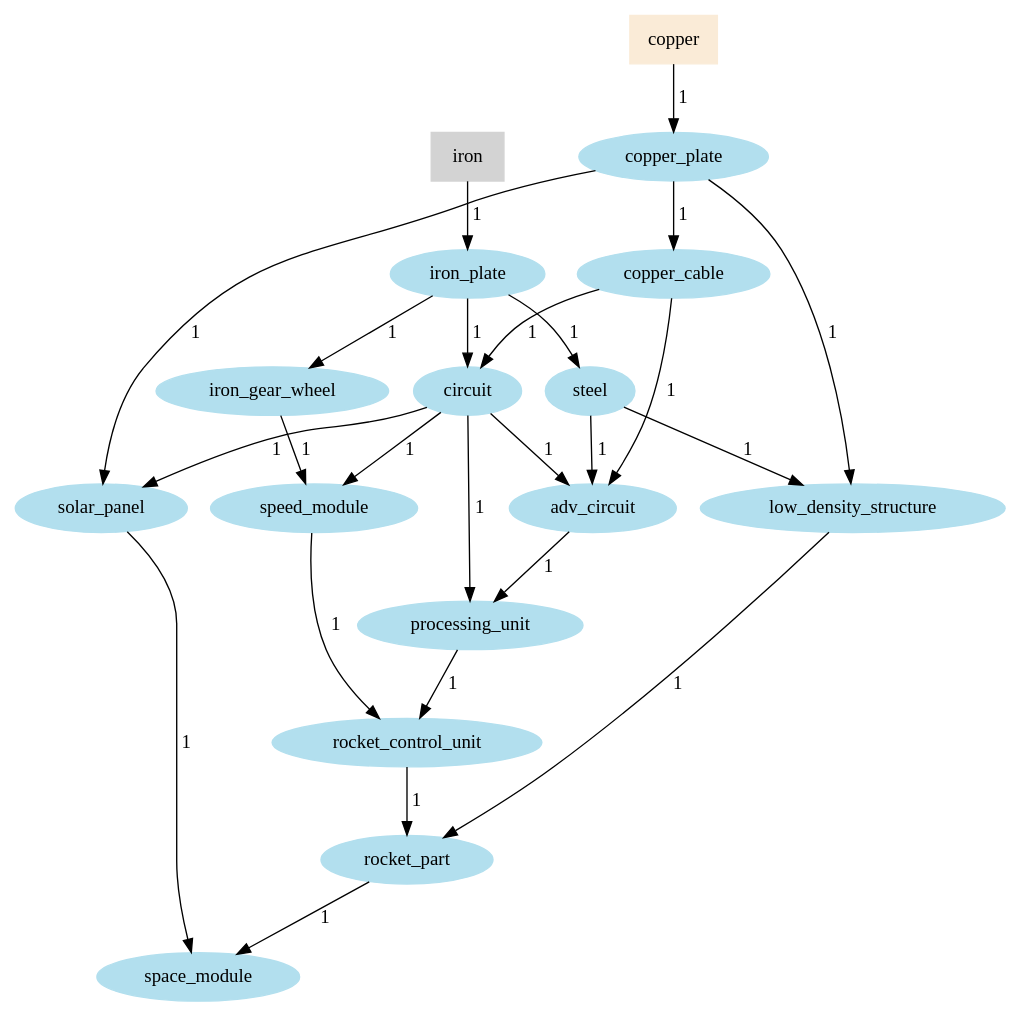
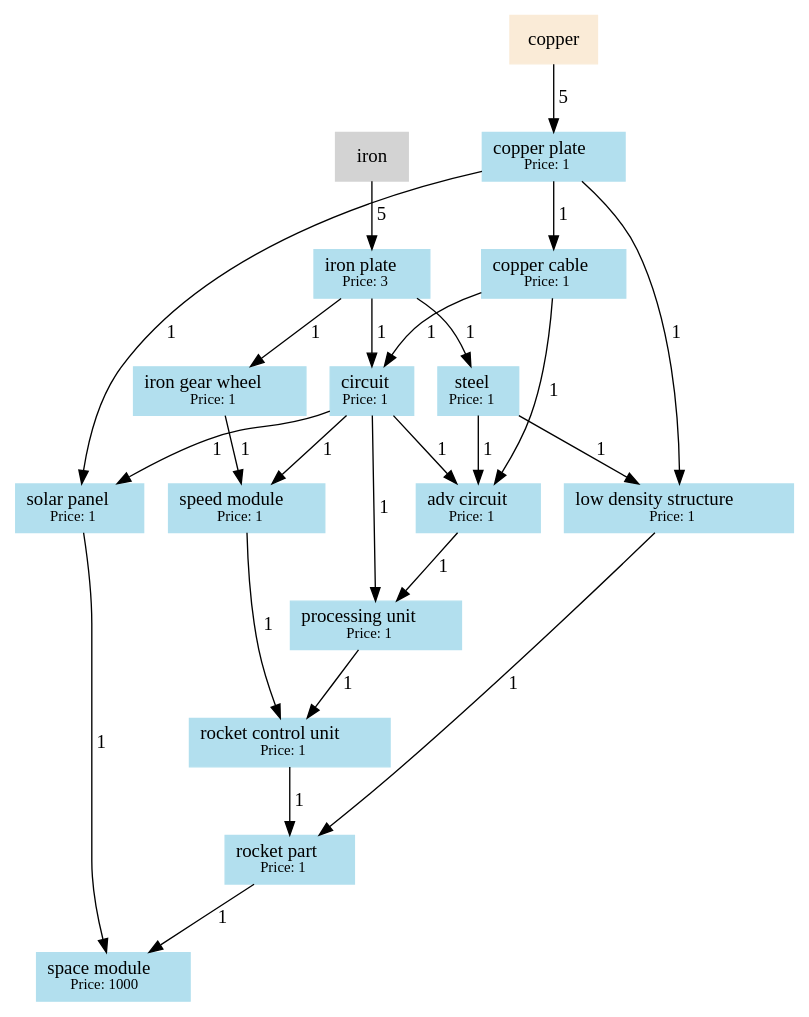
Before and after one commit to Tylio5555/Factory: the diagram in link_graphviz/link_default.gv, drawn with Graphviz. The commit also changed 4 other files, not shown here.

```diff
--- a/link_graphviz/link_default.gv
+++ b/link_graphviz/link_default.gv
@@ -1,35 +1,49 @@
 digraph default {
 	node [color=lightblue2 style=filled]
 	subgraph iron {
 		node [color=lightgrey style=filled]
 		iron [shape=box]
 	}
 	subgraph copper {
 		node [color=antiquewhite style=filled]
 		copper [shape=box]
 	}
-	copper -> copper_plate [label=" 1"]
+	copper_plate [label=<copper plate<BR /><FONT POINT-SIZE='11'>Price: 1</FONT>> shape=box]
+	copper -> copper_plate [label=" 5"]
+	copper_cable [label=<copper cable<BR /><FONT POINT-SIZE='11'>Price: 1</FONT>> shape=box]
 	copper_plate -> copper_cable [label=" 1"]
-	iron -> iron_plate [label=" 1"]
+	iron_plate [label=<iron plate<BR /><FONT POINT-SIZE='11'>Price: 3</FONT>> shape=box]
+	iron -> iron_plate [label=" 5"]
+	steel [label=<steel<BR /><FONT POINT-SIZE='11'>Price: 1</FONT>> shape=box]
 	iron_plate -> steel [label=" 1"]
+	iron_gear_wheel [label=<iron gear wheel<BR /><FONT POINT-SIZE='11'>Price: 1</FONT>> shape=box]
 	iron_plate -> iron_gear_wheel [label=" 1"]
+	circuit [label=<circuit<BR /><FONT POINT-SIZE='11'>Price: 1</FONT>> shape=box]
 	iron_plate -> circuit [label=" 1"]
 	copper_cable -> circuit [label=" 1"]
+	adv_circuit [label=<adv circuit<BR /><FONT POINT-SIZE='11'>Price: 1</FONT>> shape=box]
 	circuit -> adv_circuit [label=" 1"]
 	copper_cable -> adv_circuit [label=" 1"]
 	steel -> adv_circuit [label=" 1"]
+	solar_panel [label=<solar panel<BR /><FONT POINT-SIZE='11'>Price: 1</FONT>> shape=box]
 	copper_plate -> solar_panel [label=" 1"]
 	circuit -> solar_panel [label=" 1"]
+	low_density_structure [label=<low density structure<BR /><FONT POINT-SIZE='11'>Price: 1</FONT>> shape=box]
 	copper_plate -> low_density_structure [label=" 1"]
 	steel -> low_density_structure [label=" 1"]
+	processing_unit [label=<processing unit<BR /><FONT POINT-SIZE='11'>Price: 1</FONT>> shape=box]
 	circuit -> processing_unit [label=" 1"]
 	adv_circuit -> processing_unit [label=" 1"]
+	speed_module [label=<speed module<BR /><FONT POINT-SIZE='11'>Price: 1</FONT>> shape=box]
 	circuit -> speed_module [label=" 1"]
 	iron_gear_wheel -> speed_module [label=" 1"]
+	rocket_control_unit [label=<rocket control unit<BR /><FONT POINT-SIZE='11'>Price: 1</FONT>> shape=box]
 	processing_unit -> rocket_control_unit [label=" 1"]
 	speed_module -> rocket_control_unit [label=" 1"]
+	rocket_part [label=<rocket part<BR /><FONT POINT-SIZE='11'>Price: 1</FONT>> shape=box]
 	rocket_control_unit -> rocket_part [label=" 1"]
 	low_density_structure -> rocket_part [label=" 1"]
+	space_module [label=<space module<BR /><FONT POINT-SIZE='11'>Price: 1000</FONT>> shape=box]
 	rocket_part -> space_module [label=" 1"]
 	solar_panel -> space_module [label=" 1"]
 }
```
